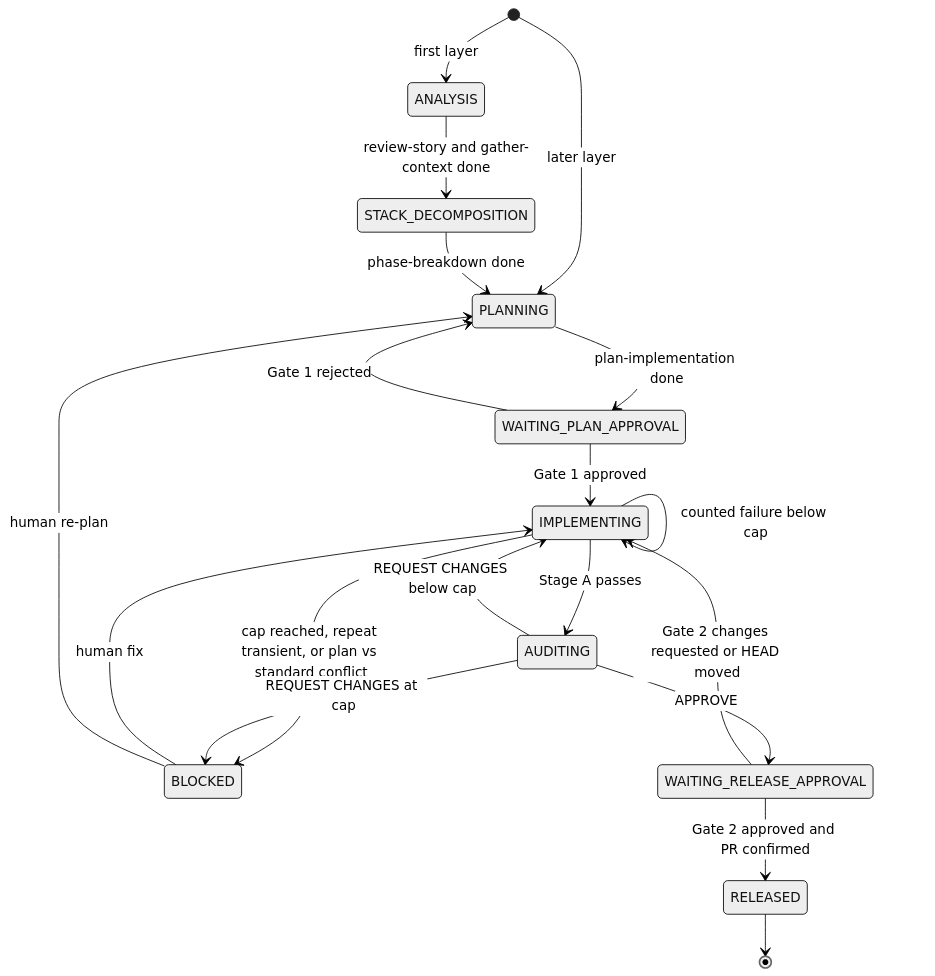
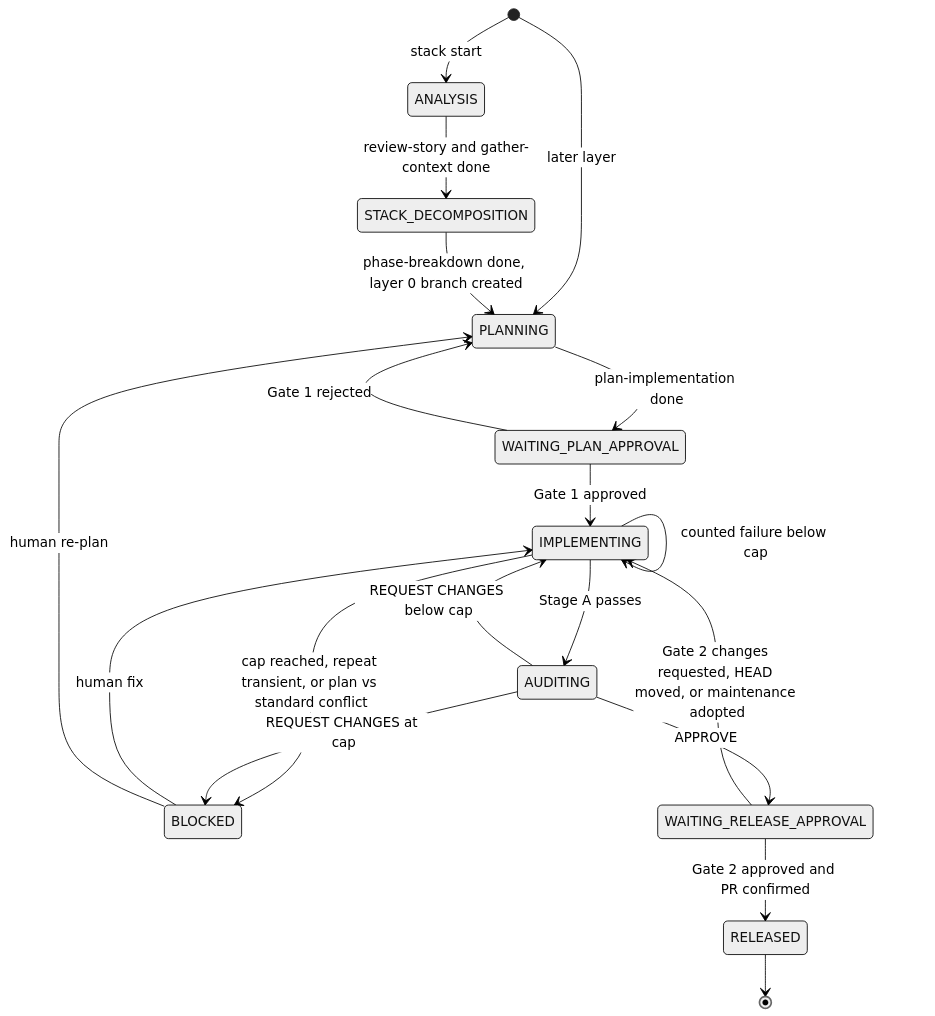
The diagram in docs/decisions/0001-orchestrator-subagents.md (jrobertogarcia/agent-workflows), drawn with Mermaid (neutral theme) before and after one commit. The commit also changed other lines of this file and 1 other file, not shown here.

First line of the commit message:
docs(decisions): settle ADR open items from research and gh-stack trials

````diff
--- a/docs/decisions/0001-orchestrator-subagents.md
+++ b/docs/decisions/0001-orchestrator-subagents.md
@@ -137,21 +148,21 @@
 ```mermaid
 stateDiagram-v2
-    [*] --> ANALYSIS: first layer
+    [*] --> ANALYSIS: stack start
     [*] --> PLANNING: later layer
     ANALYSIS --> STACK_DECOMPOSITION: review-story and gather-context done
-    STACK_DECOMPOSITION --> PLANNING: phase-breakdown done
+    STACK_DECOMPOSITION --> PLANNING: phase-breakdown done, layer 0 branch created
     PLANNING --> WAITING_PLAN_APPROVAL: plan-implementation done
     WAITING_PLAN_APPROVAL --> IMPLEMENTING: Gate 1 approved
     WAITING_PLAN_APPROVAL --> PLANNING: Gate 1 rejected
     IMPLEMENTING --> IMPLEMENTING: counted failure below cap
     IMPLEMENTING --> AUDITING: Stage A passes
     IMPLEMENTING --> BLOCKED: cap reached, repeat transient, or plan vs standard conflict
     AUDITING --> IMPLEMENTING: REQUEST CHANGES below cap
     AUDITING --> BLOCKED: REQUEST CHANGES at cap
     AUDITING --> WAITING_RELEASE_APPROVAL: APPROVE
-    WAITING_RELEASE_APPROVAL --> IMPLEMENTING: Gate 2 changes requested or HEAD moved
+    WAITING_RELEASE_APPROVAL --> IMPLEMENTING: Gate 2 changes requested, HEAD moved, or maintenance adopted
     WAITING_RELEASE_APPROVAL --> RELEASED: Gate 2 approved and PR confirmed
     BLOCKED --> IMPLEMENTING: human fix
     BLOCKED --> PLANNING: human re-plan
     RELEASED --> [*]
 ```
````
